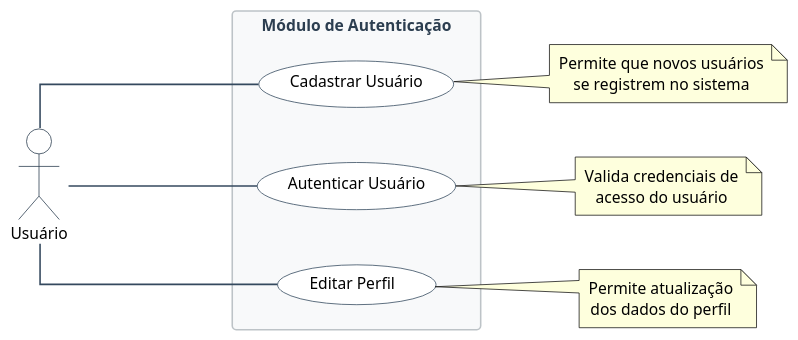
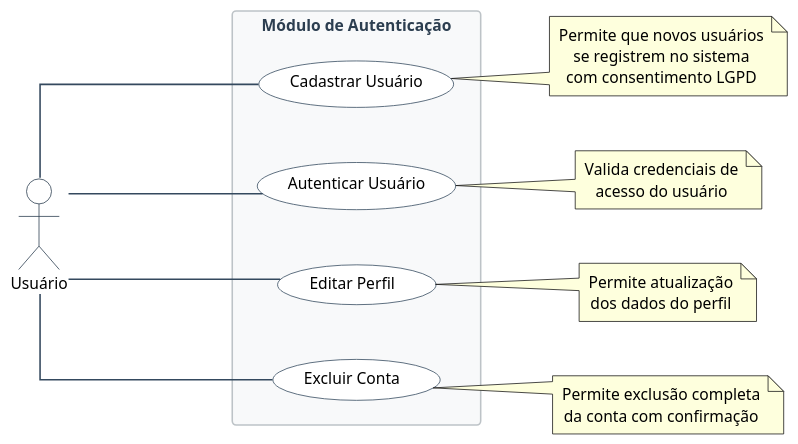
Before and after one commit to Pellegr1n1/autologger-services: the diagram in docs/use_case_diagram/auth_module.puml, drawn with PlantUML. The commit also changed 5 other files, not shown here.

```diff
--- a/docs/use_case_diagram/auth_module.puml
+++ b/docs/use_case_diagram/auth_module.puml
@@ -1,45 +1,46 @@
 @startuml auth_module
-
 left to right direction
-
 skinparam {
     usecaseFontSize 12
     usecaseFontName "Segoe UI"
     usecaseBackgroundColor #FFFFFF
     usecaseBorderColor #34495E
     actorBackgroundColor #FFFFFF
     actorBorderColor #2C3E50
     actorFontName "Segoe UI"
     actorFontSize 12
     arrowColor #34495E
     rectangleBackgroundColor #F8F9FA
     rectangleBorderColor #BDC3C7
     rectangleFontColor #2C3E50
     rectangleFontName "Segoe UI"
     rectangleFontSize 13
     defaultTextAlignment center
     wrapWidth 200
     dpi 150
     shadowing false
     linetype ortho
     defaultFontName "Segoe UI"
     defaultFontSize 10
 }
 
 actor "Usuário" as User #FFFFFF
 
 rectangle "Módulo de Autenticação" #F8F9FA {
     (Cadastrar Usuário) as UC01
     (Autenticar Usuário) as UC02
     (Editar Perfil) as UC16
+    (Excluir Conta) as UC03
 }
 
 User --- UC01
 User --- UC02
 User --- UC16
+User --- UC03
 
-note right of UC01 : Permite que novos usuários\nse registrem no sistema
+note right of UC01 : Permite que novos usuários\nse registrem no sistema\ncom consentimento LGPD
 note right of UC02 : Valida credenciais de\nacesso do usuário
 note right of UC16 : Permite atualização\ndos dados do perfil
+note right of UC03 : Permite exclusão completa\nda conta com confirmação
 
 @enduml
```
